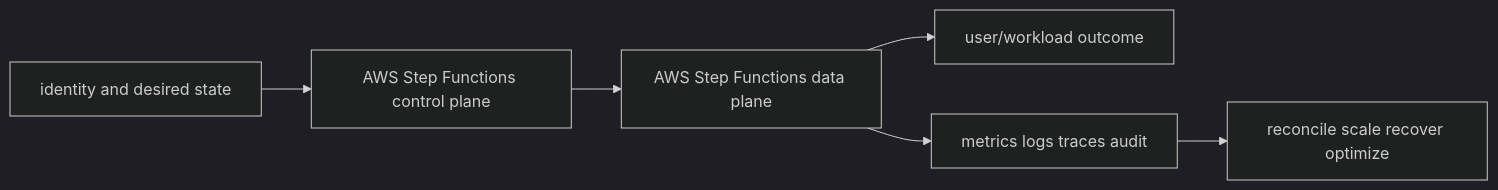
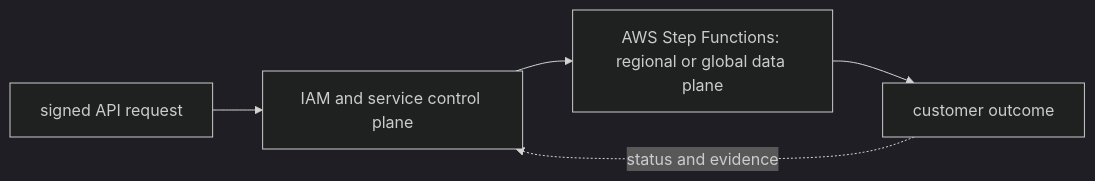
One commit to tomkidumbuyo/DevOps-interview-preparation changed the diagram in 07-aws/08-messaging-serverless/03-step-functions/README.md. Above: the diagram before and after it, drawn with Mermaid (dark theme). The commit also changed other lines of this file and 753 other files, not shown here.

````diff
--- a/07-aws/08-messaging-serverless/03-step-functions/README.md
+++ b/07-aws/08-messaging-serverless/03-step-functions/README.md
@@ -19,8 +31,7 @@
 ```mermaid
 flowchart LR
-  I[identity and desired state] --> C[AWS Step Functions control plane]
-  C --> D[AWS Step Functions data plane]
-  D --> U[user/workload outcome]
-  D --> O[metrics logs traces audit]
-  O --> R[reconcile scale recover optimize]
+  A["signed API request"] --> B["IAM and service control plane"]
+  B --> C["AWS Step Functions: regional or global data plane"]
+  C --> D["customer outcome"]
+  D -. "status and evidence" .-> B
 ```
````
